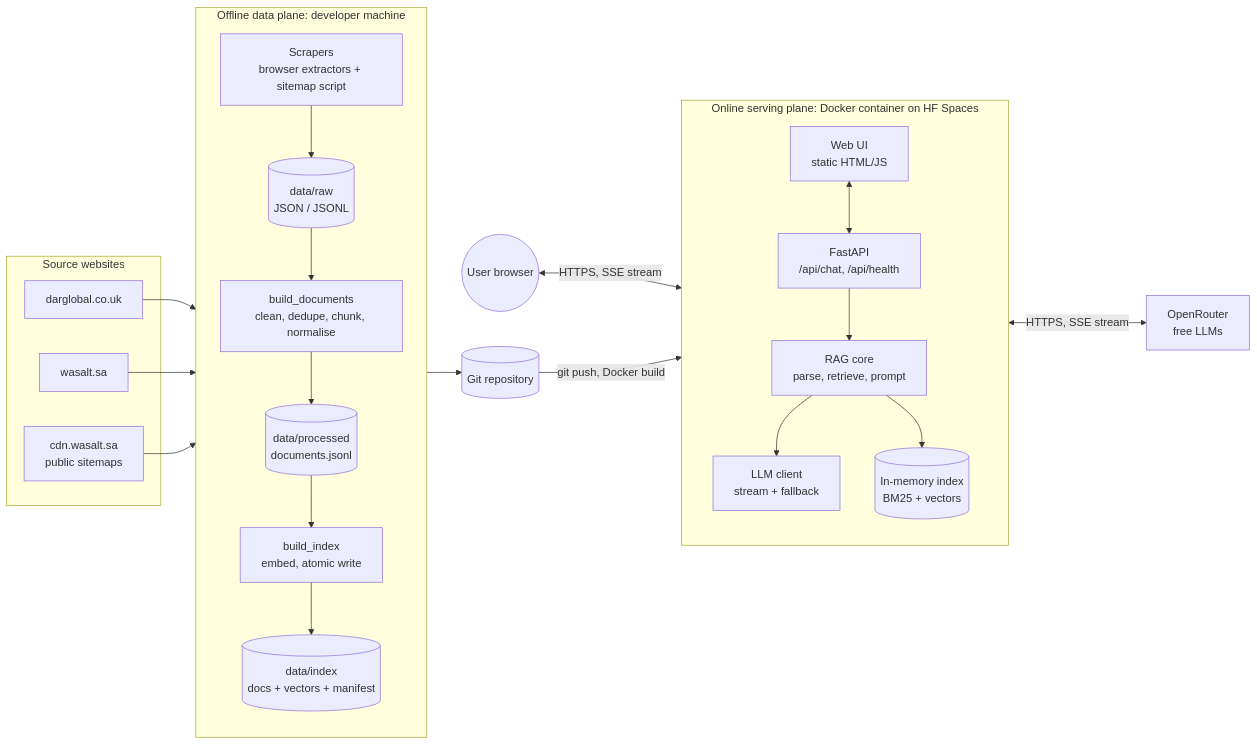
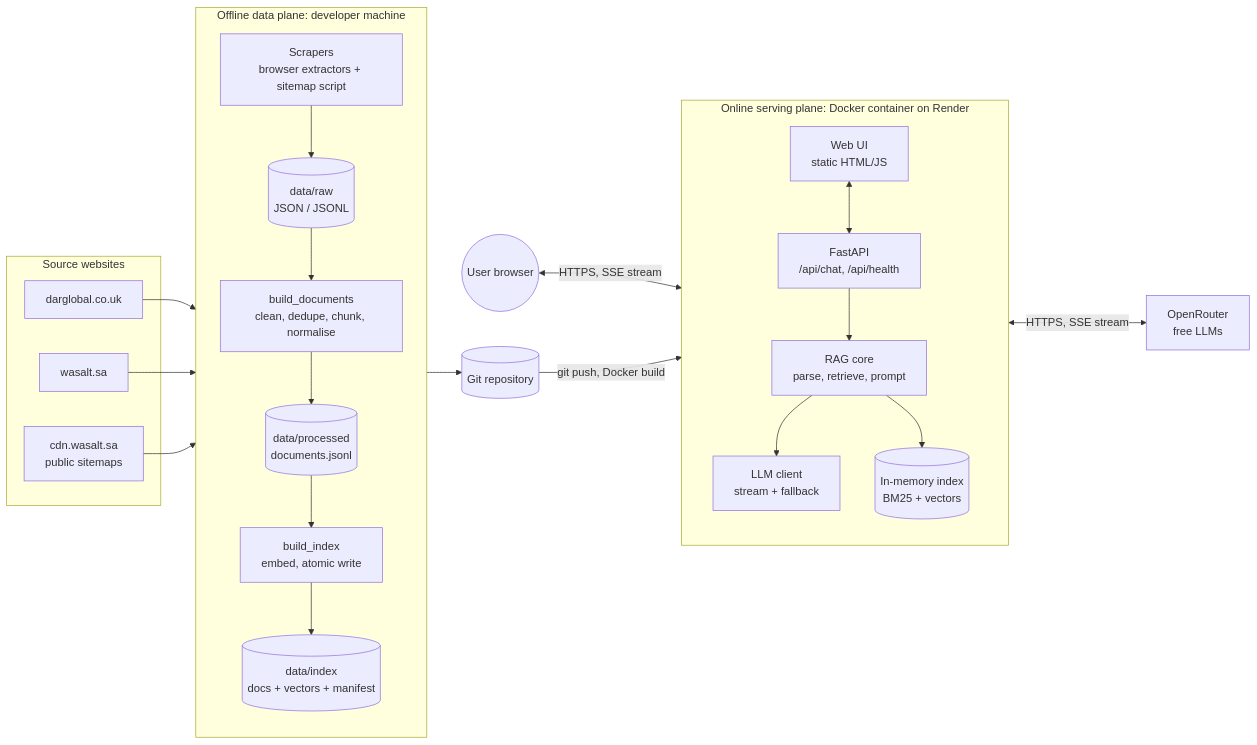
Before and after one commit to mhdnihas/property-ai-assistant: the fourth of 14 diagrams in docs/ARCHITECTURE.md, drawn with Mermaid. The commit also changed other lines of this file and 5 other files, not shown here.

````diff
--- a/docs/ARCHITECTURE.md
+++ b/docs/ARCHITECTURE.md
@@ -125,42 +125,42 @@
 ```mermaid
 flowchart LR
     subgraph EXT1["Source websites"]
         DGW["darglobal.co.uk"]
         WSW["wasalt.sa"]
         WSC["cdn.wasalt.sa<br/>public sitemaps"]
     end
 
     subgraph OFF["Offline data plane: developer machine"]
         direction TB
         SCR["Scrapers<br/>browser extractors + sitemap script"]
         RAW[("data/raw<br/>JSON / JSONL")]
         DOCS["build_documents<br/>clean, dedupe, chunk, normalise"]
         PROC[("data/processed<br/>documents.jsonl")]
         IDX["build_index<br/>embed, atomic write"]
         INDEX[("data/index<br/>docs + vectors + manifest")]
         SCR --> RAW --> DOCS --> PROC --> IDX --> INDEX
     end
 
     GIT[("Git repository")]
 
-    subgraph ON["Online serving plane: Docker container on HF Spaces"]
+    subgraph ON["Online serving plane: Docker container on Render"]
         direction TB
         UI["Web UI<br/>static HTML/JS"]
         API["FastAPI<br/>/api/chat, /api/health"]
         RAG["RAG core<br/>parse, retrieve, prompt"]
         LLMC["LLM client<br/>stream + fallback"]
         MEM[("In-memory index<br/>BM25 + vectors")]
         UI <--> API --> RAG --> LLMC
         RAG --> MEM
     end
 
     OR["OpenRouter<br/>free LLMs"]
     USER(("User browser"))
 
     DGW --> SCR
     WSW --> SCR
     WSC --> SCR
     INDEX --> GIT --> |"git push, Docker build"| ON
     USER <--> |"HTTPS, SSE stream"| UI
     LLMC <--> |"HTTPS, SSE stream"| OR
 ```
````
